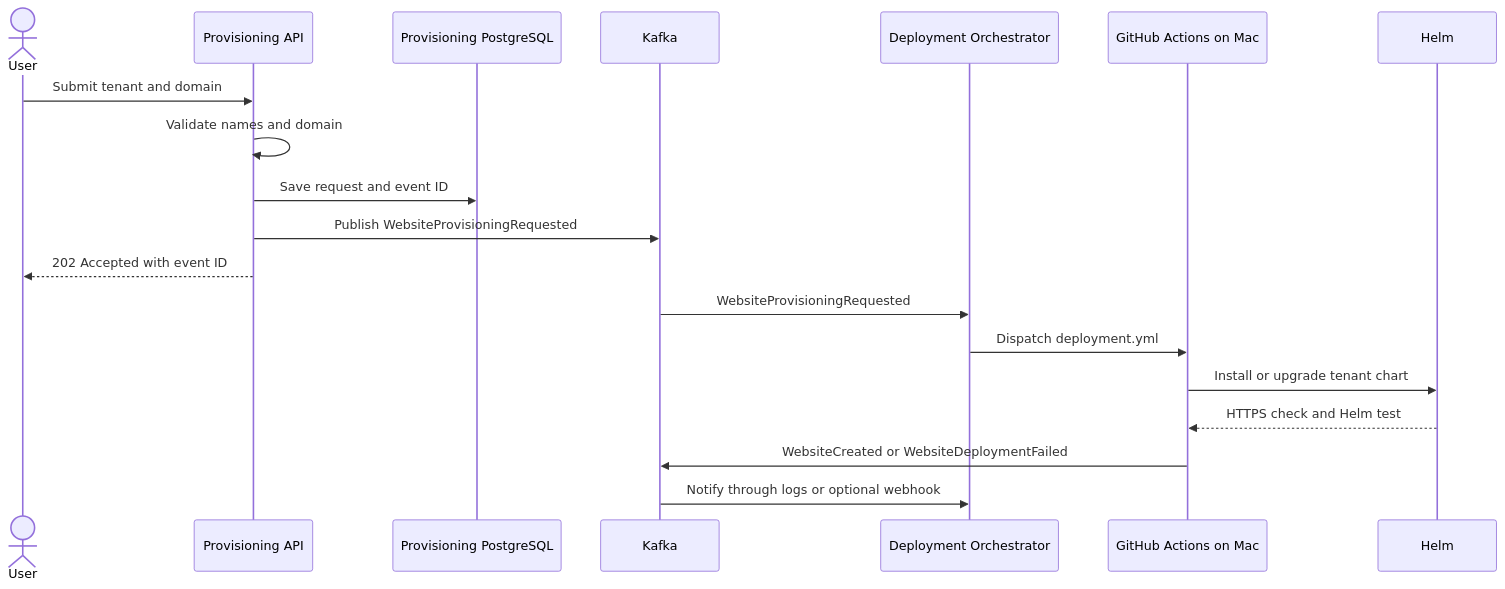
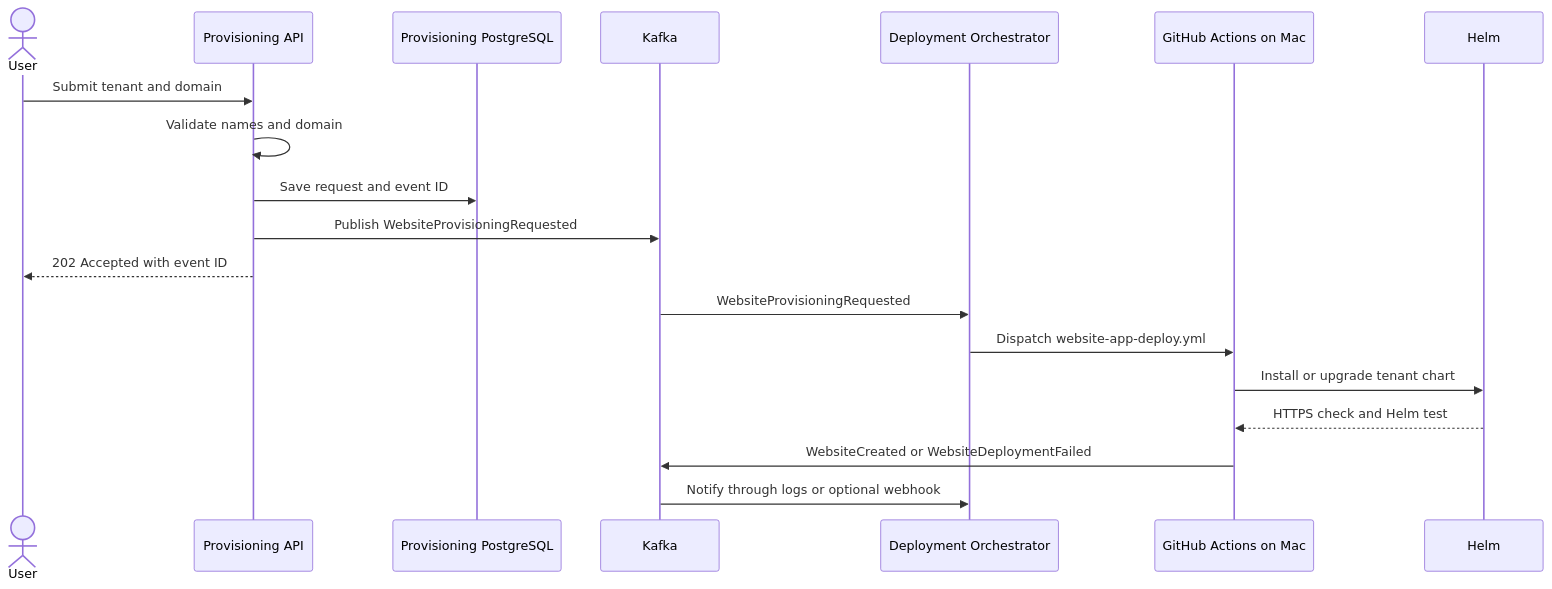
Before and after one commit to AnupamGupta86/yotta-multitenant-platform: the diagram in docs/architecture.md, drawn with Mermaid. The commit also changed other lines of this file and 19 other files, not shown here.

````diff
--- a/docs/architecture.md
+++ b/docs/architecture.md
@@ -5,22 +5,22 @@
 ```mermaid
 sequenceDiagram
     actor User
     participant API as Provisioning API
     participant DB as Provisioning PostgreSQL
     participant Kafka
     participant Orchestrator as Deployment Orchestrator
     participant Actions as GitHub Actions on Mac
     participant Helm
 
     User->>API: Submit tenant and domain
     API->>API: Validate names and domain
     API->>DB: Save request and event ID
     API->>Kafka: Publish WebsiteProvisioningRequested
     API-->>User: 202 Accepted with event ID
     Kafka->>Orchestrator: WebsiteProvisioningRequested
-    Orchestrator->>Actions: Dispatch deployment.yml
+    Orchestrator->>Actions: Dispatch website-app-deploy.yml
     Actions->>Helm: Install or upgrade tenant chart
     Helm-->>Actions: HTTPS check and Helm test
     Actions->>Kafka: WebsiteCreated or WebsiteDeploymentFailed
     Kafka->>Orchestrator: Notify through logs or optional webhook
 ```
````
